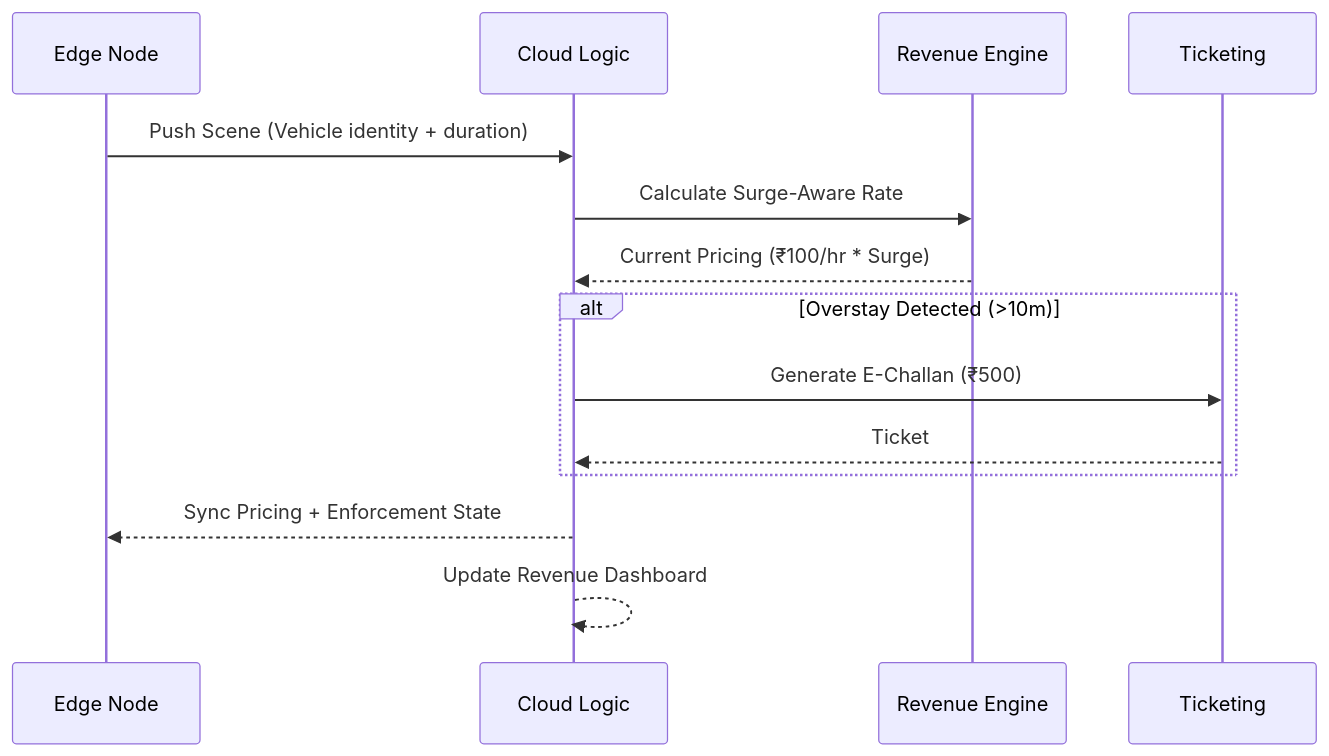
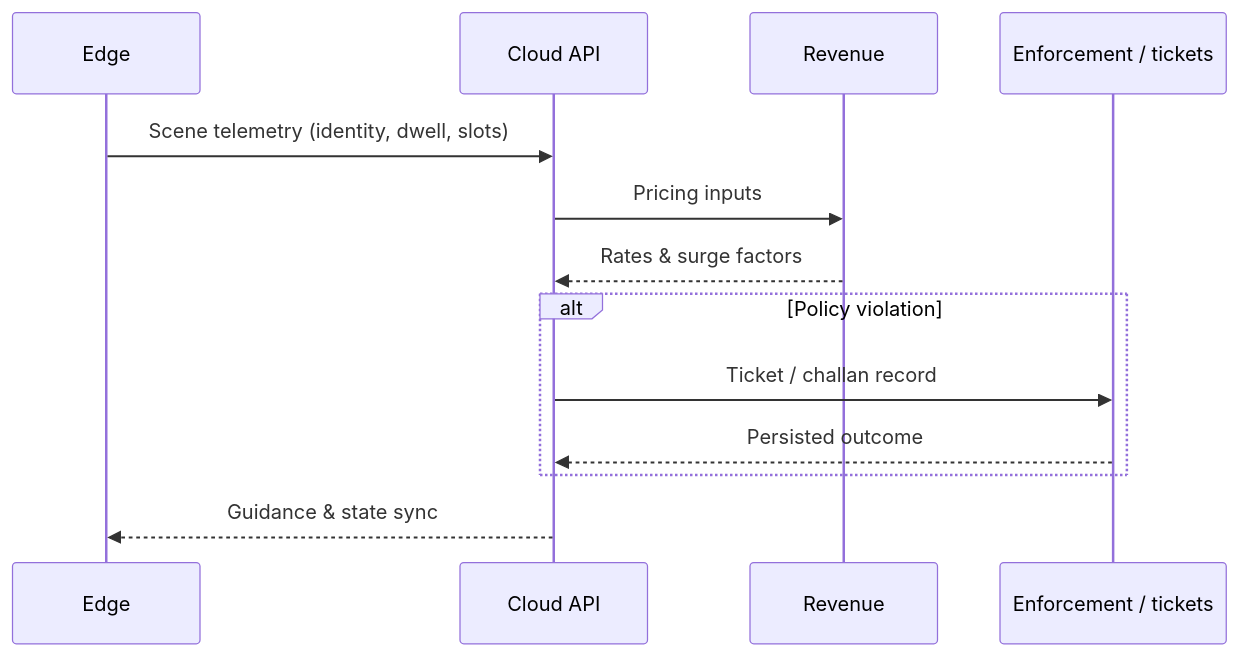
One commit to pranaya-mathur/ParkSight changed the second of 2 diagrams in README.md. Above: the diagram before and after it, drawn with Mermaid. The commit also changed other lines of this file and 28 other files, not shown here.

````diff
--- a/README.md
+++ b/README.md
@@ -57,17 +59,16 @@
 ```mermaid
 sequenceDiagram
-    participant E as Edge Node
-    participant C as Cloud Logic
-    participant R as Revenue Engine
-    participant T as Ticketing
-    
-    E->>C: Push Scene (Vehicle identity + duration)
-    C->>R: Calculate Surge-Aware Rate
-    R-->>C: Current Pricing (₹100/hr * Surge)
-    alt Overstay Detected (>10m)
-        C->>T: Generate E-Challan (₹500)
-        T-->>C: Ticket #TK-XYZ Persisted
+    participant E as Edge
+    participant C as Cloud API
+    participant R as Revenue
+    participant T as Enforcement / tickets
+
+    E->>C: Scene telemetry (identity, dwell, slots)
+    C->>R: Pricing inputs
+    R-->>C: Rates & surge factors
+    alt Policy violation
+        C->>T: Ticket / challan record
+        T-->>C: Persisted outcome
     end
-    C-->>E: Sync Pricing + Enforcement State
-    C-->>C: Update Revenue Dashboard
+    C-->>E: Guidance & state sync
 ```
````
